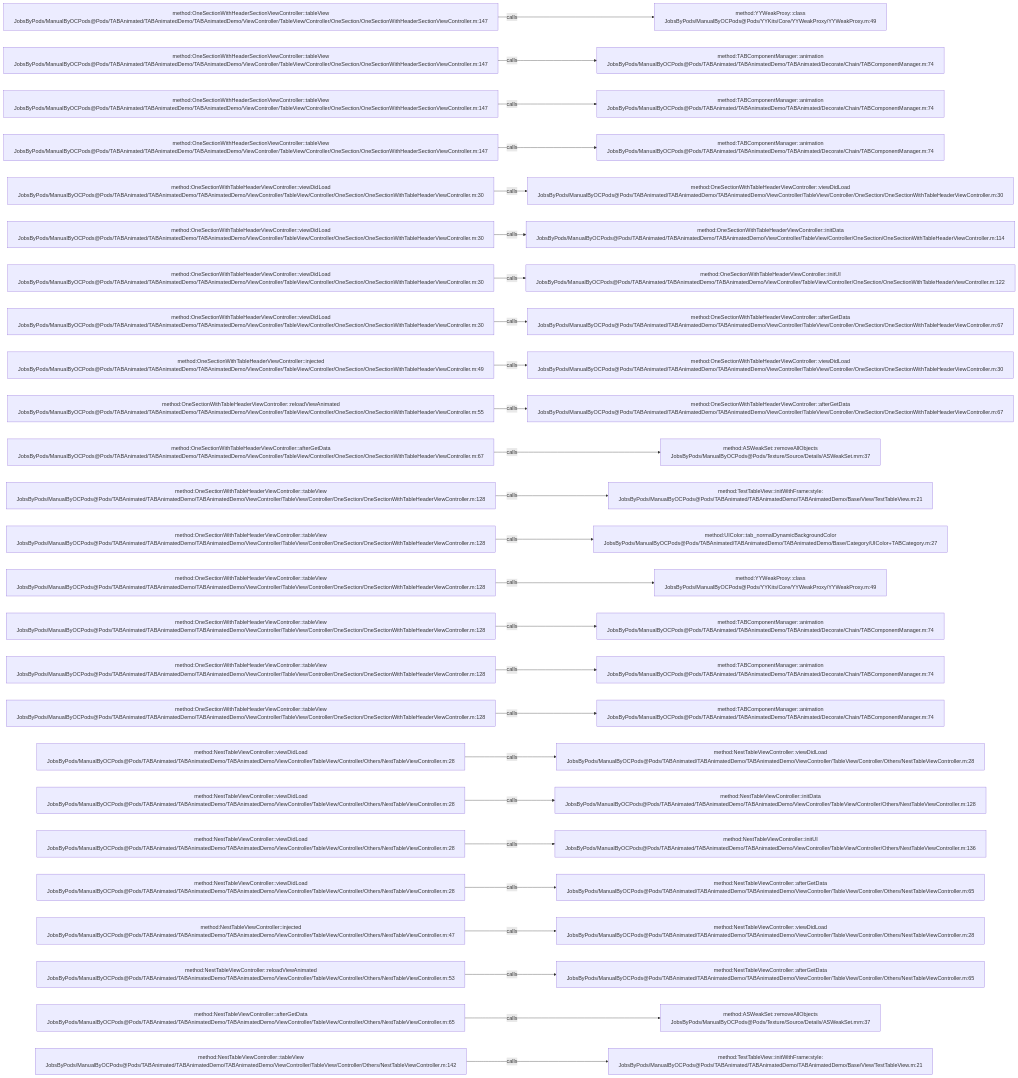
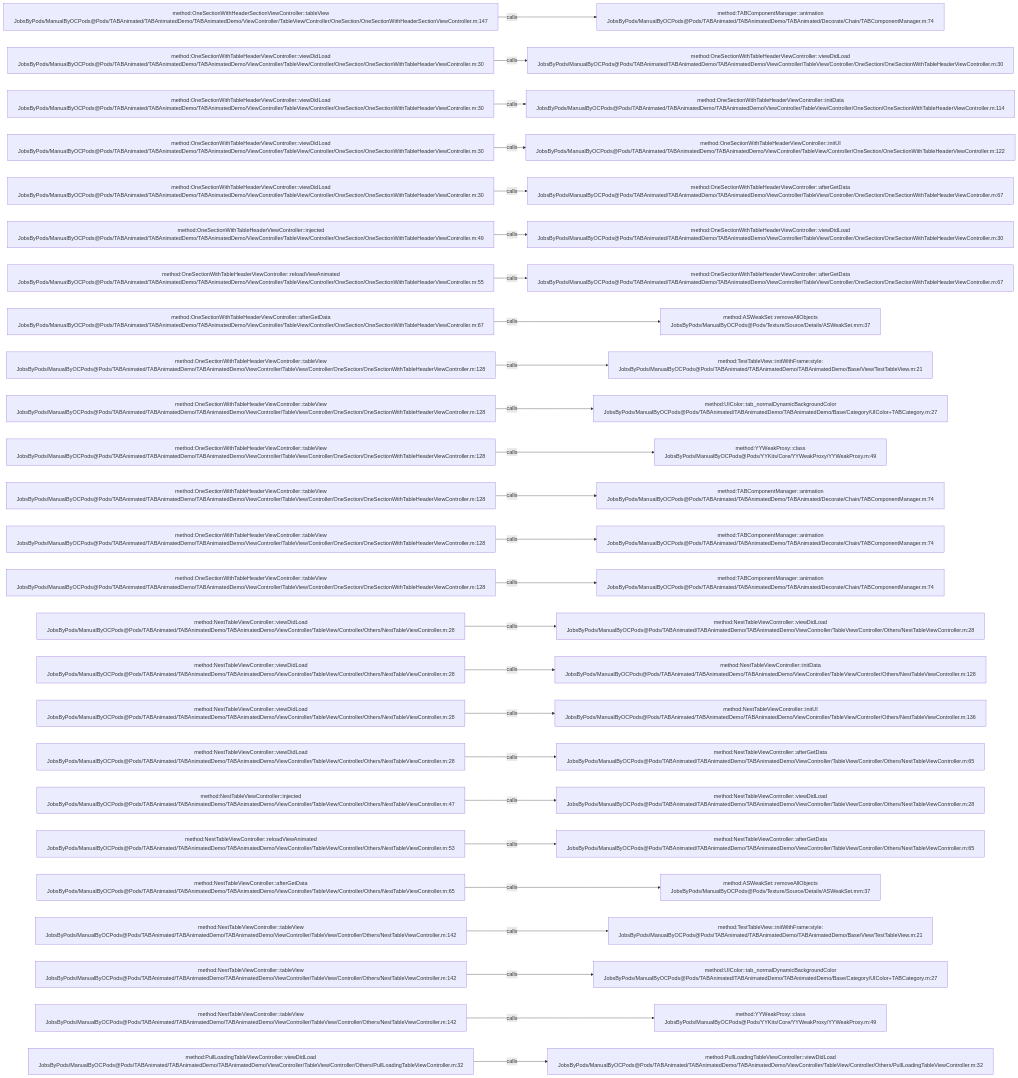
One commit to JobsKits/JobsOCBaseConfigDemo changed the diagram in .codegraph/codegraph.md/graphs/calls-059.md. Above: the diagram before and after it, drawn with Mermaid. The commit also changed 342 other files, not shown here.

````diff
--- a/.codegraph/codegraph.md/graphs/calls-059.md
+++ b/.codegraph/codegraph.md/graphs/calls-059.md
@@ -13,78 +13,78 @@
 ```mermaid
 flowchart LR
   S1["method:OneSectionWithHeaderSectionViewController::tableView<br/>JobsByPods/ManualByOCPods@Pods/TABAnimated/TABAnimatedDemo/TABAnimatedDemo/ViewController/TableView/Controller/OneSection/OneSectionWithHeaderSectionViewController.m:147"]
-  T1["method:YYWeakProxy::class<br/>JobsByPods/ManualByOCPods@Pods/YYKits/Core/YYWeakProxy/YYWeakProxy.m:49"]
+  T1["method:TABComponentManager::animation<br/>JobsByPods/ManualByOCPods@Pods/TABAnimated/TABAnimatedDemo/TABAnimated/Decorate/Chain/TABComponentManager.m:74"]
   S1 -->|calls| T1
-  S2["method:OneSectionWithHeaderSectionViewController::tableView<br/>JobsByPods/ManualByOCPods@Pods/TABAnimated/TABAnimatedDemo/TABAnimatedDemo/ViewController/TableView/Controller/OneSection/OneSectionWithHeaderSectionViewController.m:147"]
-  T2["method:TABComponentManager::animation<br/>JobsByPods/ManualByOCPods@Pods/TABAnimated/TABAnimatedDemo/TABAnimated/Decorate/Chain/TABComponentManager.m:74"]
+  S2["method:OneSectionWithTableHeaderViewController::viewDidLoad<br/>JobsByPods/ManualByOCPods@Pods/TABAnimated/TABAnimatedDemo/TABAnimatedDemo/ViewController/TableView/Controller/OneSection/OneSectionWithTableHeaderViewController.m:30"]
+  T2["method:OneSectionWithTableHeaderViewController::viewDidLoad<br/>JobsByPods/ManualByOCPods@Pods/TABAnimated/TABAnimatedDemo/TABAnimatedDemo/ViewController/TableView/Controller/OneSection/OneSectionWithTableHeaderViewController.m:30"]
   S2 -->|calls| T2
-  S3["method:OneSectionWithHeaderSectionViewController::tableView<br/>JobsByPods/ManualByOCPods@Pods/TABAnimated/TABAnimatedDemo/TABAnimatedDemo/ViewController/TableView/Controller/OneSection/OneSectionWithHeaderSectionViewController.m:147"]
-  T3["method:TABComponentManager::animation<br/>JobsByPods/ManualByOCPods@Pods/TABAnimated/TABAnimatedDemo/TABAnimated/Decorate/Chain/TABComponentManager.m:74"]
+  S3["method:OneSectionWithTableHeaderViewController::viewDidLoad<br/>JobsByPods/ManualByOCPods@Pods/TABAnimated/TABAnimatedDemo/TABAnimatedDemo/ViewController/TableView/Controller/OneSection/OneSectionWithTableHeaderViewController.m:30"]
+  T3["method:OneSectionWithTableHeaderViewController::initData<br/>JobsByPods/ManualByOCPods@Pods/TABAnimated/TABAnimatedDemo/TABAnimatedDemo/ViewController/TableView/Controller/OneSection/OneSectionWithTableHeaderViewController.m:114"]
   S3 -->|calls| T3
-  S4["method:OneSectionWithHeaderSectionViewController::tableView<br/>JobsByPods/ManualByOCPods@Pods/TABAnimated/TABAnimatedDemo/TABAnimatedDemo/ViewController/TableView/Controller/OneSection/OneSectionWithHeaderSectionViewController.m:147"]
-  T4["method:TABComponentManager::animation<br/>JobsByPods/ManualByOCPods@Pods/TABAnimated/TABAnimatedDemo/TABAnimated/Decorate/Chain/TABComponentManager.m:74"]
+  S4["method:OneSectionWithTableHeaderViewController::viewDidLoad<br/>JobsByPods/ManualByOCPods@Pods/TABAnimated/TABAnimatedDemo/TABAnimatedDemo/ViewController/TableView/Controller/OneSection/OneSectionWithTableHeaderViewController.m:30"]
+  T4["method:OneSectionWithTableHeaderViewController::initUI<br/>JobsByPods/ManualByOCPods@Pods/TABAnimated/TABAnimatedDemo/TABAnimatedDemo/ViewController/TableView/Controller/OneSection/OneSectionWithTableHeaderViewController.m:122"]
   S4 -->|calls| T4
   S5["method:OneSectionWithTableHeaderViewController::viewDidLoad<br/>JobsByPods/ManualByOCPods@Pods/TABAnimated/TABAnimatedDemo/TABAnimatedDemo/ViewController/TableView/Controller/OneSection/OneSectionWithTableHeaderViewController.m:30"]
-  T5["method:OneSectionWithTableHeaderViewController::viewDidLoad<br/>JobsByPods/ManualByOCPods@Pods/TABAnimated/TABAnimatedDemo/TABAnimatedDemo/ViewController/TableView/Controller/OneSection/OneSectionWithTableHeaderViewController.m:30"]
+  T5["method:OneSectionWithTableHeaderViewController::afterGetData<br/>JobsByPods/ManualByOCPods@Pods/TABAnimated/TABAnimatedDemo/TABAnimatedDemo/ViewController/TableView/Controller/OneSection/OneSectionWithTableHeaderViewController.m:67"]
   S5 -->|calls| T5
-  S6["method:OneSectionWithTableHeaderViewController::viewDidLoad<br/>JobsByPods/ManualByOCPods@Pods/TABAnimated/TABAnimatedDemo/TABAnimatedDemo/ViewController/TableView/Controller/OneSection/OneSectionWithTableHeaderViewController.m:30"]
-  T6["method:OneSectionWithTableHeaderViewController::initData<br/>JobsByPods/ManualByOCPods@Pods/TABAnimated/TABAnimatedDemo/TABAnimatedDemo/ViewController/TableView/Controller/OneSection/OneSectionWithTableHeaderViewController.m:114"]
+  S6["method:OneSectionWithTableHeaderViewController::injected<br/>JobsByPods/ManualByOCPods@Pods/TABAnimated/TABAnimatedDemo/TABAnimatedDemo/ViewController/TableView/Controller/OneSection/OneSectionWithTableHeaderViewController.m:49"]
+  T6["method:OneSectionWithTableHeaderViewController::viewDidLoad<br/>JobsByPods/ManualByOCPods@Pods/TABAnimated/TABAnimatedDemo/TABAnimatedDemo/ViewController/TableView/Controller/OneSection/OneSectionWithTableHeaderViewController.m:30"]
   S6 -->|calls| T6
-  S7["method:OneSectionWithTableHeaderViewController::viewDidLoad<br/>JobsByPods/ManualByOCPods@Pods/TABAnimated/TABAnimatedDemo/TABAnimatedDemo/ViewController/TableView/Controller/OneSection/OneSectionWithTableHeaderViewController.m:30"]
-  T7["method:OneSectionWithTableHeaderViewController::initUI<br/>JobsByPods/ManualByOCPods@Pods/TABAnimated/TABAnimatedDemo/TABAnimatedDemo/ViewController/TableView/Controller/OneSection/OneSectionWithTableHeaderViewController.m:122"]
+  S7["method:OneSectionWithTableHeaderViewController::reloadViewAnimated<br/>JobsByPods/ManualByOCPods@Pods/TABAnimated/TABAnimatedDemo/TABAnimatedDemo/ViewController/TableView/Controller/OneSection/OneSectionWithTableHeaderViewController.m:55"]
+  T7["method:OneSectionWithTableHeaderViewController::afterGetData<br/>JobsByPods/ManualByOCPods@Pods/TABAnimated/TABAnimatedDemo/TABAnimatedDemo/ViewController/TableView/Controller/OneSection/OneSectionWithTableHeaderViewController.m:67"]
   S7 -->|calls| T7
-  S8["method:OneSectionWithTableHeaderViewController::viewDidLoad<br/>JobsByPods/ManualByOCPods@Pods/TABAnimated/TABAnimatedDemo/TABAnimatedDemo/ViewController/TableView/Controller/OneSection/OneSectionWithTableHeaderViewController.m:30"]
-  T8["method:OneSectionWithTableHeaderViewController::afterGetData<br/>JobsByPods/ManualByOCPods@Pods/TABAnimated/TABAnimatedDemo/TABAnimatedDemo/ViewController/TableView/Controller/OneSection/OneSectionWithTableHeaderViewController.m:67"]
+  S8["method:OneSectionWithTableHeaderViewController::afterGetData<br/>JobsByPods/ManualByOCPods@Pods/TABAnimated/TABAnimatedDemo/TABAnimatedDemo/ViewController/TableView/Controller/OneSection/OneSectionWithTableHeaderViewController.m:67"]
+  T8["method:ASWeakSet::removeAllObjects<br/>JobsByPods/ManualByOCPods@Pods/Texture/Source/Details/ASWeakSet.mm:37"]
   S8 -->|calls| T8
-  S9["method:OneSectionWithTableHeaderViewController::injected<br/>JobsByPods/ManualByOCPods@Pods/TABAnimated/TABAnimatedDemo/TABAnimatedDemo/ViewController/TableView/Controller/OneSection/OneSectionWithTableHeaderViewController.m:49"]
-  T9["method:OneSectionWithTableHeaderViewController::viewDidLoad<br/>JobsByPods/ManualByOCPods@Pods/TABAnimated/TABAnimatedDemo/TABAnimatedDemo/ViewController/TableView/Controller/OneSection/OneSectionWithTableHeaderViewController.m:30"]
+  S9["method:OneSectionWithTableHeaderViewController::tableView<br/>JobsByPods/ManualByOCPods@Pods/TABAnimated/TABAnimatedDemo/TABAnimatedDemo/ViewController/TableView/Controller/OneSection/OneSectionWithTableHeaderViewController.m:128"]
+  T9["method:TestTableView::initWithFrame:style:<br/>JobsByPods/ManualByOCPods@Pods/TABAnimated/TABAnimatedDemo/TABAnimatedDemo/Base/View/TestTableView.m:21"]
   S9 -->|calls| T9
-  S10["method:OneSectionWithTableHeaderViewController::reloadViewAnimated<br/>JobsByPods/ManualByOCPods@Pods/TABAnimated/TABAnimatedDemo/TABAnimatedDemo/ViewController/TableView/Controller/OneSection/OneSectionWithTableHeaderViewController.m:55"]
-  T10["method:OneSectionWithTableHeaderViewController::afterGetData<br/>JobsByPods/ManualByOCPods@Pods/TABAnimated/TABAnimatedDemo/TABAnimatedDemo/ViewController/TableView/Controller/OneSection/OneSectionWithTableHeaderViewController.m:67"]
+  S10["method:OneSectionWithTableHeaderViewController::tableView<br/>JobsByPods/ManualByOCPods@Pods/TABAnimated/TABAnimatedDemo/TABAnimatedDemo/ViewController/TableView/Controller/OneSection/OneSectionWithTableHeaderViewController.m:128"]
+  T10["method:UIColor::tab_normalDynamicBackgroundColor<br/>JobsByPods/ManualByOCPods@Pods/TABAnimated/TABAnimatedDemo/TABAnimatedDemo/Base/Category/UIColor+TABCategory.m:27"]
   S10 -->|calls| T10
-  S11["method:OneSectionWithTableHeaderViewController::afterGetData<br/>JobsByPods/ManualByOCPods@Pods/TABAnimated/TABAnimatedDemo/TABAnimatedDemo/ViewController/TableView/Controller/OneSection/OneSectionWithTableHeaderViewController.m:67"]
-  T11["method:ASWeakSet::removeAllObjects<br/>JobsByPods/ManualByOCPods@Pods/Texture/Source/Details/ASWeakSet.mm:37"]
+  S11["method:OneSectionWithTableHeaderViewController::tableView<br/>JobsByPods/ManualByOCPods@Pods/TABAnimated/TABAnimatedDemo/TABAnimatedDemo/ViewController/TableView/Controller/OneSection/OneSectionWithTableHeaderViewController.m:128"]
+  T11["method:YYWeakProxy::class<br/>JobsByPods/ManualByOCPods@Pods/YYKits/Core/YYWeakProxy/YYWeakProxy.m:49"]
   S11 -->|calls| T11
   S12["method:OneSectionWithTableHeaderViewController::tableView<br/>JobsByPods/ManualByOCPods@Pods/TABAnimated/TABAnimatedDemo/TABAnimatedDemo/ViewController/TableView/Controller/OneSection/OneSectionWithTableHeaderViewController.m:128"]
-  T12["method:TestTableView::initWithFrame:style:<br/>JobsByPods/ManualByOCPods@Pods/TABAnimated/TABAnimatedDemo/TABAnimatedDemo/Base/View/TestTableView.m:21"]
+  T12["method:TABComponentManager::animation<br/>JobsByPods/ManualByOCPods@Pods/TABAnimated/TABAnimatedDemo/TABAnimated/Decorate/Chain/TABComponentManager.m:74"]
   S12 -->|calls| T12
   S13["method:OneSectionWithTableHeaderViewController::tableView<br/>JobsByPods/ManualByOCPods@Pods/TABAnimated/TABAnimatedDemo/TABAnimatedDemo/ViewController/TableView/Controller/OneSection/OneSectionWithTableHeaderViewController.m:128"]
-  T13["method:UIColor::tab_normalDynamicBackgroundColor<br/>JobsByPods/ManualByOCPods@Pods/TABAnimated/TABAnimatedDemo/TABAnimatedDemo/Base/Category/UIColor+TABCategory.m:27"]
+  T13["method:TABComponentManager::animation<br/>JobsByPods/ManualByOCPods@Pods/TABAnimated/TABAnimatedDemo/TABAnimated/Decorate/Chain/TABComponentManager.m:74"]
   S13 -->|calls| T13
   S14["method:OneSectionWithTableHeaderViewController::tableView<br/>JobsByPods/ManualByOCPods@Pods/TABAnimated/TABAnimatedDemo/TABAnimatedDemo/ViewController/TableView/Controller/OneSection/OneSectionWithTableHeaderViewController.m:128"]
-  T14["method:YYWeakProxy::class<br/>JobsByPods/ManualByOCPods@Pods/YYKits/Core/YYWeakProxy/YYWeakProxy.m:49"]
+  T14["method:TABComponentManager::animation<br/>JobsByPods/ManualByOCPods@Pods/TABAnimated/TABAnimatedDemo/TABAnimated/Decorate/Chain/TABComponentManager.m:74"]
   S14 -->|calls| T14
-  S15["method:OneSectionWithTableHeaderViewController::tableView<br/>JobsByPods/ManualByOCPods@Pods/TABAnimated/TABAnimatedDemo/TABAnimatedDemo/ViewController/TableView/Controller/OneSection/OneSectionWithTableHeaderViewController.m:128"]
-  T15["method:TABComponentManager::animation<br/>JobsByPods/ManualByOCPods@Pods/TABAnimated/TABAnimatedDemo/TABAnimated/Decorate/Chain/TABComponentManager.m:74"]
+  S15["method:NestTableViewController::viewDidLoad<br/>JobsByPods/ManualByOCPods@Pods/TABAnimated/TABAnimatedDemo/TABAnimatedDemo/ViewController/TableView/Controller/Others/NestTableViewController.m:28"]
+  T15["method:NestTableViewController::viewDidLoad<br/>JobsByPods/ManualByOCPods@Pods/TABAnimated/TABAnimatedDemo/TABAnimatedDemo/ViewController/TableView/Controller/Others/NestTableViewController.m:28"]
   S15 -->|calls| T15
-  S16["method:OneSectionWithTableHeaderViewController::tableView<br/>JobsByPods/ManualByOCPods@Pods/TABAnimated/TABAnimatedDemo/TABAnimatedDemo/ViewController/TableView/Controller/OneSection/OneSectionWithTableHeaderViewController.m:128"]
-  T16["method:TABComponentManager::animation<br/>JobsByPods/ManualByOCPods@Pods/TABAnimated/TABAnimatedDemo/TABAnimated/Decorate/Chain/TABComponentManager.m:74"]
+  S16["method:NestTableViewController::viewDidLoad<br/>JobsByPods/ManualByOCPods@Pods/TABAnimated/TABAnimatedDemo/TABAnimatedDemo/ViewController/TableView/Controller/Others/NestTableViewController.m:28"]
+  T16["method:NestTableViewController::initData<br/>JobsByPods/ManualByOCPods@Pods/TABAnimated/TABAnimatedDemo/TABAnimatedDemo/ViewController/TableView/Controller/Others/NestTableViewController.m:128"]
   S16 -->|calls| T16
-  S17["method:OneSectionWithTableHeaderViewController::tableView<br/>JobsByPods/ManualByOCPods@Pods/TABAnimated/TABAnimatedDemo/TABAnimatedDemo/ViewController/TableView/Controller/OneSection/OneSectionWithTableHeaderViewController.m:128"]
-  T17["method:TABComponentManager::animation<br/>JobsByPods/ManualByOCPods@Pods/TABAnimated/TABAnimatedDemo/TABAnimated/Decorate/Chain/TABComponentManager.m:74"]
+  S17["method:NestTableViewController::viewDidLoad<br/>JobsByPods/ManualByOCPods@Pods/TABAnimated/TABAnimatedDemo/TABAnimatedDemo/ViewController/TableView/Controller/Others/NestTableViewController.m:28"]
+  T17["method:NestTableViewController::initUI<br/>JobsByPods/ManualByOCPods@Pods/TABAnimated/TABAnimatedDemo/TABAnimatedDemo/ViewController/TableView/Controller/Others/NestTableViewController.m:136"]
   S17 -->|calls| T17
   S18["method:NestTableViewController::viewDidLoad<br/>JobsByPods/ManualByOCPods@Pods/TABAnimated/TABAnimatedDemo/TABAnimatedDemo/ViewController/TableView/Controller/Others/NestTableViewController.m:28"]
-  T18["method:NestTableViewController::viewDidLoad<br/>JobsByPods/ManualByOCPods@Pods/TABAnimated/TABAnimatedDemo/TABAnimatedDemo/ViewController/TableView/Controller/Others/NestTableViewController.m:28"]
+  T18["method:NestTableViewController::afterGetData<br/>JobsByPods/ManualByOCPods@Pods/TABAnimated/TABAnimatedDemo/TABAnimatedDemo/ViewController/TableView/Controller/Others/NestTableViewController.m:65"]
   S18 -->|calls| T18
-  S19["method:NestTableViewController::viewDidLoad<br/>JobsByPods/ManualByOCPods@Pods/TABAnimated/TABAnimatedDemo/TABAnimatedDemo/ViewController/TableView/Controller/Others/NestTableViewController.m:28"]
-  T19["method:NestTableViewController::initData<br/>JobsByPods/ManualByOCPods@Pods/TABAnimated/TABAnimatedDemo/TABAnimatedDemo/ViewController/TableView/Controller/Others/NestTableViewController.m:128"]
+  S19["method:NestTableViewController::injected<br/>JobsByPods/ManualByOCPods@Pods/TABAnimated/TABAnimatedDemo/TABAnimatedDemo/ViewController/TableView/Controller/Others/NestTableViewController.m:47"]
+  T19["method:NestTableViewController::viewDidLoad<br/>JobsByPods/ManualByOCPods@Pods/TABAnimated/TABAnimatedDemo/TABAnimatedDemo/ViewController/TableView/Controller/Others/NestTableViewController.m:28"]
   S19 -->|calls| T19
-  S20["method:NestTableViewController::viewDidLoad<br/>JobsByPods/ManualByOCPods@Pods/TABAnimated/TABAnimatedDemo/TABAnimatedDemo/ViewController/TableView/Controller/Others/NestTableViewController.m:28"]
-  T20["method:NestTableViewController::initUI<br/>JobsByPods/ManualByOCPods@Pods/TABAnimated/TABAnimatedDemo/TABAnimatedDemo/ViewController/TableView/Controller/Others/NestTableViewController.m:136"]
+  S20["method:NestTableViewController::reloadViewAnimated<br/>JobsByPods/ManualByOCPods@Pods/TABAnimated/TABAnimatedDemo/TABAnimatedDemo/ViewController/TableView/Controller/Others/NestTableViewController.m:53"]
+  T20["method:NestTableViewController::afterGetData<br/>JobsByPods/ManualByOCPods@Pods/TABAnimated/TABAnimatedDemo/TABAnimatedDemo/ViewController/TableView/Controller/Others/NestTableViewController.m:65"]
   S20 -->|calls| T20
-  S21["method:NestTableViewController::viewDidLoad<br/>JobsByPods/ManualByOCPods@Pods/TABAnimated/TABAnimatedDemo/TABAnimatedDemo/ViewController/TableView/Controller/Others/NestTableViewController.m:28"]
-  T21["method:NestTableViewController::afterGetData<br/>JobsByPods/ManualByOCPods@Pods/TABAnimated/TABAnimatedDemo/TABAnimatedDemo/ViewController/TableView/Controller/Others/NestTableViewController.m:65"]
+  S21["method:NestTableViewController::afterGetData<br/>JobsByPods/ManualByOCPods@Pods/TABAnimated/TABAnimatedDemo/TABAnimatedDemo/ViewController/TableView/Controller/Others/NestTableViewController.m:65"]
+  T21["method:ASWeakSet::removeAllObjects<br/>JobsByPods/ManualByOCPods@Pods/Texture/Source/Details/ASWeakSet.mm:37"]
   S21 -->|calls| T21
-  S22["method:NestTableViewController::injected<br/>JobsByPods/ManualByOCPods@Pods/TABAnimated/TABAnimatedDemo/TABAnimatedDemo/ViewController/TableView/Controller/Others/NestTableViewController.m:47"]
-  T22["method:NestTableViewController::viewDidLoad<br/>JobsByPods/ManualByOCPods@Pods/TABAnimated/TABAnimatedDemo/TABAnimatedDemo/ViewController/TableView/Controller/Others/NestTableViewController.m:28"]
+  S22["method:NestTableViewController::tableView<br/>JobsByPods/ManualByOCPods@Pods/TABAnimated/TABAnimatedDemo/TABAnimatedDemo/ViewController/TableView/Controller/Others/NestTableViewController.m:142"]
+  T22["method:TestTableView::initWithFrame:style:<br/>JobsByPods/ManualByOCPods@Pods/TABAnimated/TABAnimatedDemo/TABAnimatedDemo/Base/View/TestTableView.m:21"]
   S22 -->|calls| T22
-  S23["method:NestTableViewController::reloadViewAnimated<br/>JobsByPods/ManualByOCPods@Pods/TABAnimated/TABAnimatedDemo/TABAnimatedDemo/ViewController/TableView/Controller/Others/NestTableViewController.m:53"]
-  T23["method:NestTableViewController::afterGetData<br/>JobsByPods/ManualByOCPods@Pods/TABAnimated/TABAnimatedDemo/TABAnimatedDemo/ViewController/TableView/Controller/Others/NestTableViewController.m:65"]
+  S23["method:NestTableViewController::tableView<br/>JobsByPods/ManualByOCPods@Pods/TABAnimated/TABAnimatedDemo/TABAnimatedDemo/ViewController/TableView/Controller/Others/NestTableViewController.m:142"]
+  T23["method:UIColor::tab_normalDynamicBackgroundColor<br/>JobsByPods/ManualByOCPods@Pods/TABAnimated/TABAnimatedDemo/TABAnimatedDemo/Base/Category/UIColor+TABCategory.m:27"]
   S23 -->|calls| T23
-  S24["method:NestTableViewController::afterGetData<br/>JobsByPods/ManualByOCPods@Pods/TABAnimated/TABAnimatedDemo/TABAnimatedDemo/ViewController/TableView/Controller/Others/NestTableViewController.m:65"]
-  T24["method:ASWeakSet::removeAllObjects<br/>JobsByPods/ManualByOCPods@Pods/Texture/Source/Details/ASWeakSet.mm:37"]
+  S24["method:NestTableViewController::tableView<br/>JobsByPods/ManualByOCPods@Pods/TABAnimated/TABAnimatedDemo/TABAnimatedDemo/ViewController/TableView/Controller/Others/NestTableViewController.m:142"]
+  T24["method:YYWeakProxy::class<br/>JobsByPods/ManualByOCPods@Pods/YYKits/Core/YYWeakProxy/YYWeakProxy.m:49"]
   S24 -->|calls| T24
-  S25["method:NestTableViewController::tableView<br/>JobsByPods/ManualByOCPods@Pods/TABAnimated/TABAnimatedDemo/TABAnimatedDemo/ViewController/TableView/Controller/Others/NestTableViewController.m:142"]
-  T25["method:TestTableView::initWithFrame:style:<br/>JobsByPods/ManualByOCPods@Pods/TABAnimated/TABAnimatedDemo/TABAnimatedDemo/Base/View/TestTableView.m:21"]
+  S25["method:PullLoadingTableViewController::viewDidLoad<br/>JobsByPods/ManualByOCPods@Pods/TABAnimated/TABAnimatedDemo/TABAnimatedDemo/ViewController/TableView/Controller/Others/PullLoadingTableViewController.m:32"]
+  T25["method:PullLoadingTableViewController::viewDidLoad<br/>JobsByPods/ManualByOCPods@Pods/TABAnimated/TABAnimatedDemo/TABAnimatedDemo/ViewController/TableView/Controller/Others/PullLoadingTableViewController.m:32"]
   S25 -->|calls| T25
 ```
````
